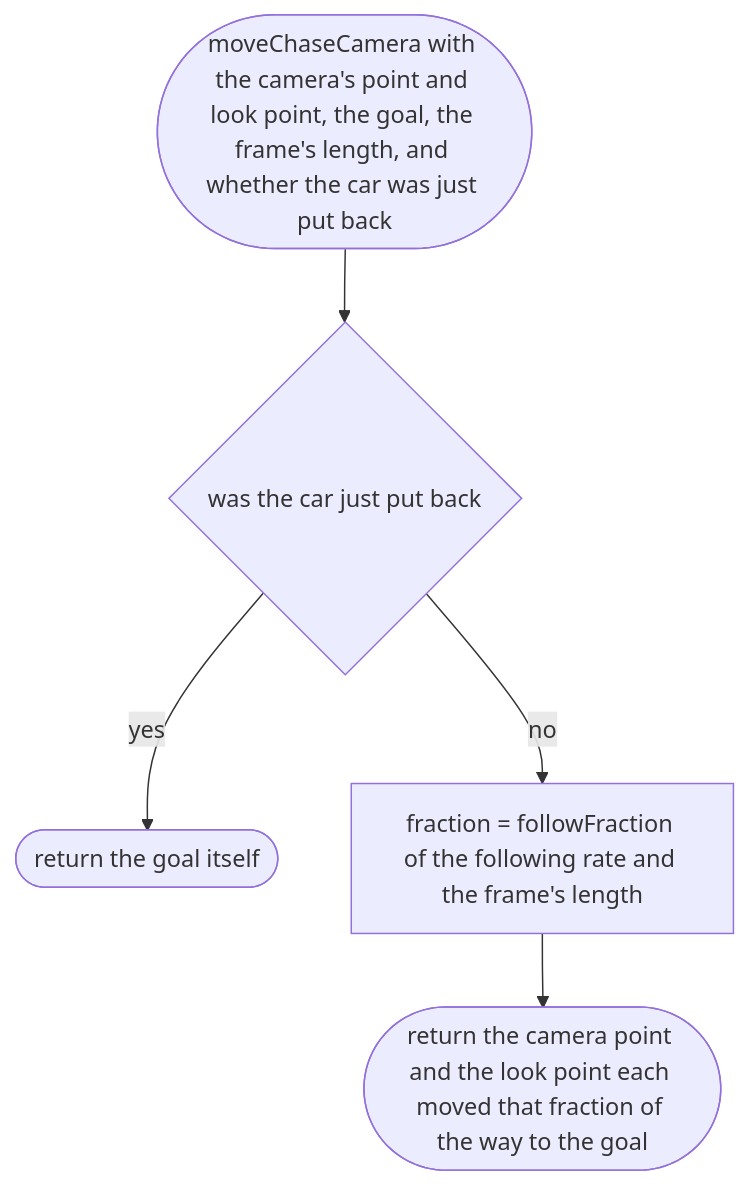
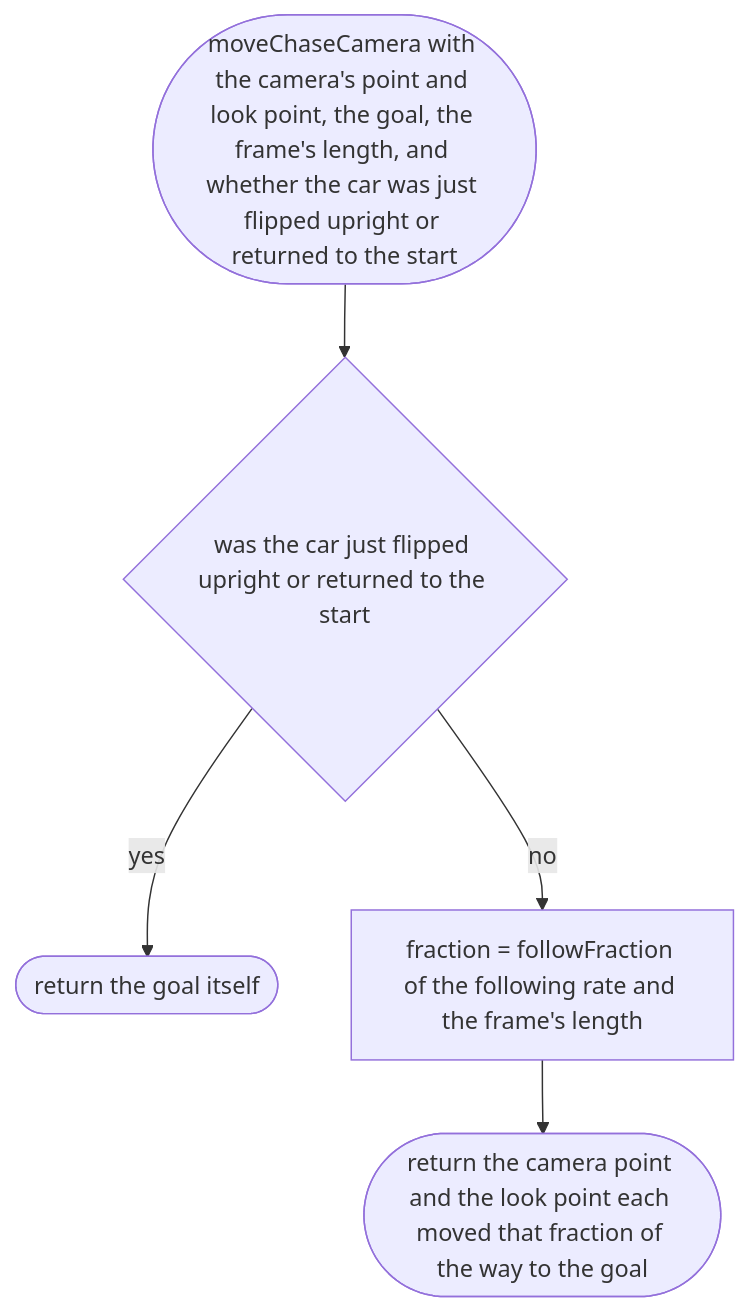
The third of 3 diagrams in docs/designs/src/camera/chase.md (NewDara-Star/world-engine), drawn with Mermaid before and after one commit. The commit also changed other lines of this file and 41 other files, not shown here.

````diff
--- a/docs/designs/src/camera/chase.md
+++ b/docs/designs/src/camera/chase.md
@@ -45,11 +45,11 @@
 ```mermaid
 flowchart TD
-  s(["moveChaseCamera with the camera's point and look point, the goal, the frame's length, and whether the car was just put back"])
-  a{"was the car just put back"}
+  s(["moveChaseCamera with the camera's point and look point, the goal, the frame's length, and whether the car was just flipped upright or returned to the start"])
+  a{"was the car just flipped upright or returned to the start"}
   b(["return the goal itself"])
   c["fraction = followFraction of the following rate and the frame's length"]
   d(["return the camera point and the look point each moved that fraction of the way to the goal"])
   s --> a
   a -->|"yes"| b
   a -->|"no"| c --> d
 ```
````
